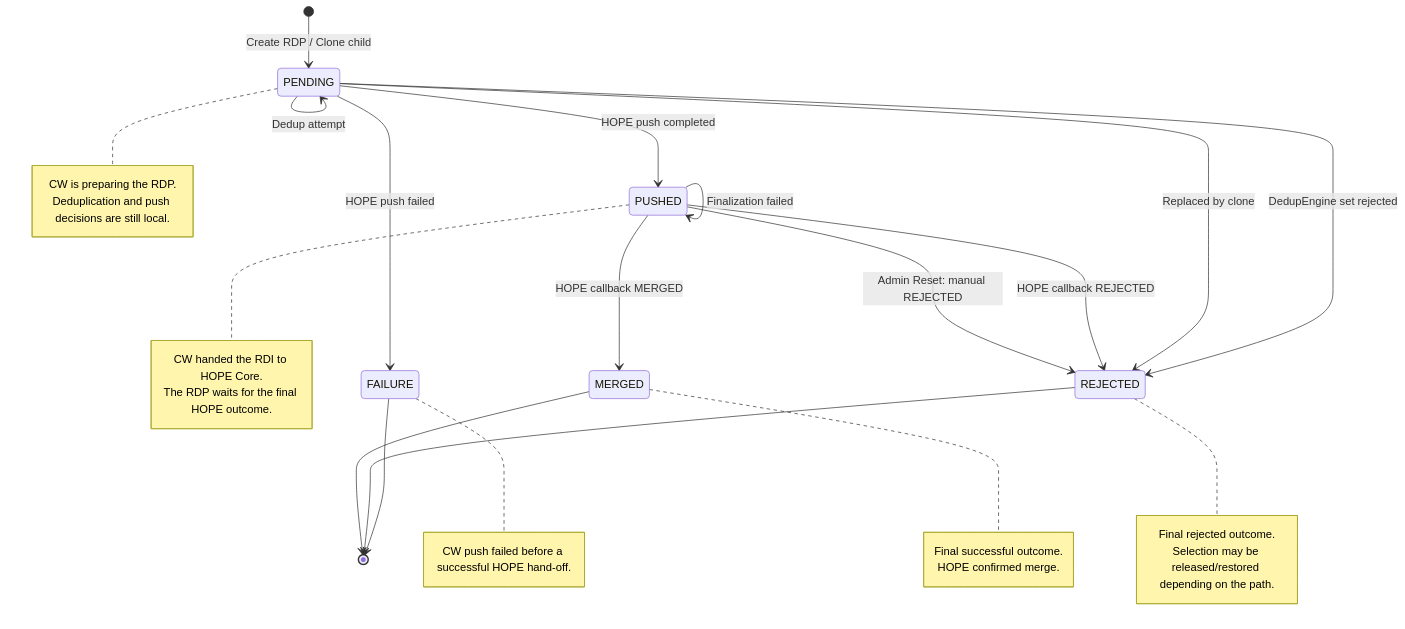
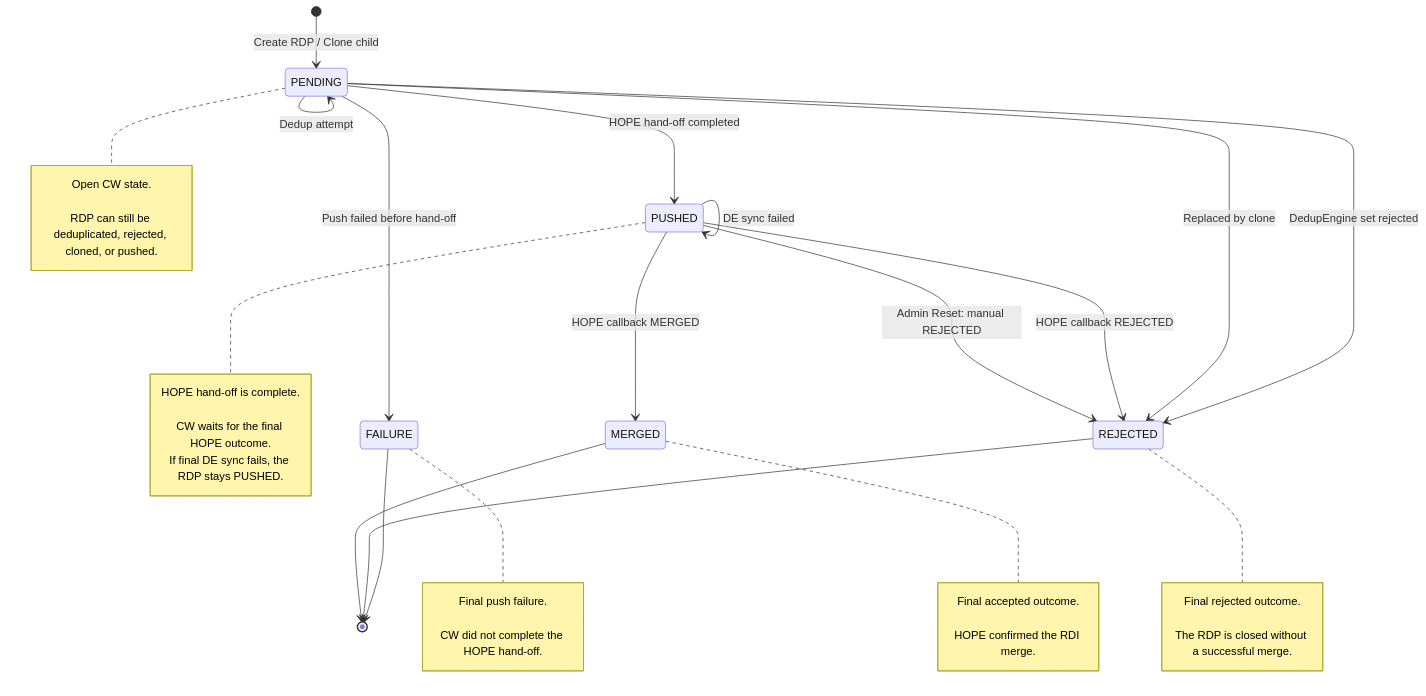
One commit to unicef/hope-country-workspace changed the first of 3 diagrams in docs/src/flows/rdp_lifecycle.md. Above: the diagram before and after it, drawn with Mermaid. The commit also changed other lines of this file and 8 other files, not shown here.

Commit message:
Refine RDP status and HOPE RDI ID handling

````diff
--- a/docs/src/flows/rdp_lifecycle.md
+++ b/docs/src/flows/rdp_lifecycle.md
@@ -3,43 +3,45 @@
 ```mermaid
 stateDiagram-v2
     [*] --> PENDING: Create RDP / Clone child
 
     PENDING --> PENDING: Dedup attempt
-    PENDING --> FAILURE: HOPE push failed
-    PENDING --> PUSHED: HOPE push completed
+    PENDING --> FAILURE: Push failed before hand-off
+    PENDING --> PUSHED: HOPE hand-off completed
     PENDING --> REJECTED: DedupEngine set rejected
     PENDING --> REJECTED: Replaced by clone
 
     PUSHED --> MERGED: HOPE callback MERGED
     PUSHED --> REJECTED: HOPE callback REJECTED
     PUSHED --> REJECTED: Admin Reset: manual REJECTED
-    PUSHED --> PUSHED: Finalization failed
+    PUSHED --> PUSHED: DE sync failed
 
     FAILURE --> [*]
     REJECTED --> [*]
     MERGED --> [*]
 
     note right of PENDING
-        CW is preparing the RDP.
-        Deduplication and push decisions are still local.
+        Open CW state.<br>
+        RDP can still be deduplicated, rejected, cloned, or pushed.
     end note
 
     note right of PUSHED
-        CW handed the RDI to HOPE Core.
-        The RDP waits for the final HOPE outcome.
+        HOPE hand-off is complete.<br>
+        CW waits for the final HOPE outcome.
+        If final DE sync fails, the RDP stays PUSHED.
     end note
 
     note right of MERGED
-        Final successful outcome.
-        HOPE confirmed merge.
+        Final accepted outcome.<br>
+        HOPE confirmed the RDI merge.
     end note
 
     note right of REJECTED
-        Final rejected outcome.
-        Selection may be released/restored depending on the path.
+        Final rejected outcome.<br>
+        The RDP is closed without a successful merge.
     end note
 
     note right of FAILURE
-        CW push failed before a successful HOPE hand-off.
+        Final push failure.<br>
+        CW did not complete the HOPE hand-off.
     end note
 ```
````
